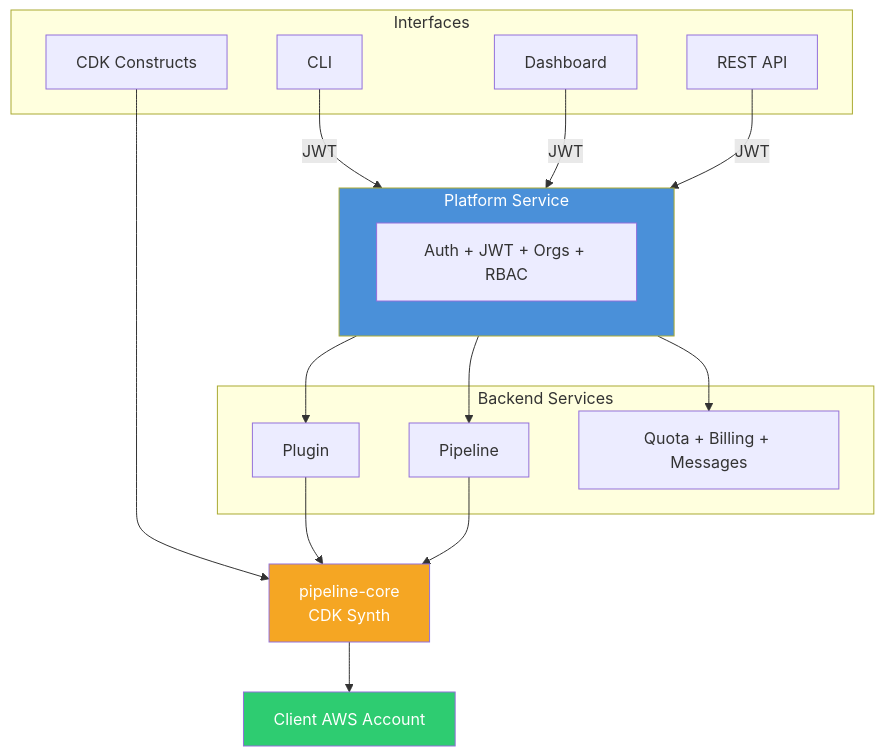
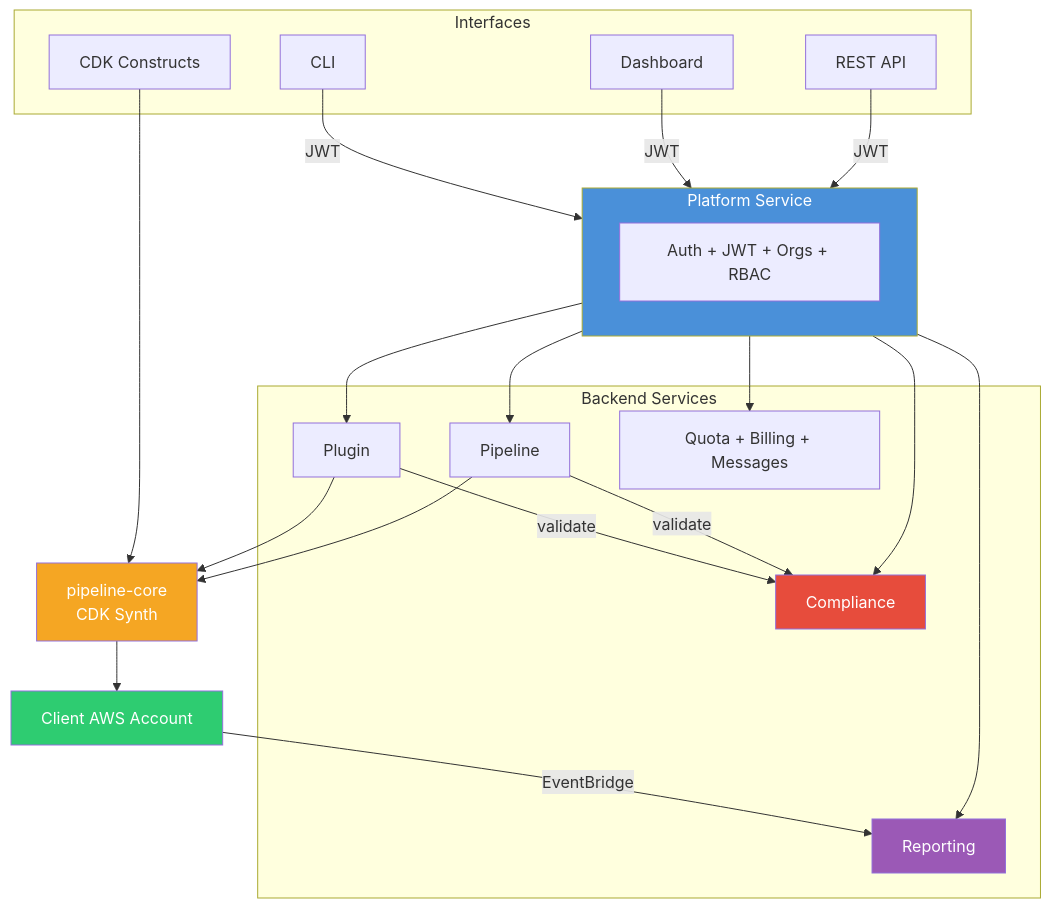
The diagram in README.md (mwashburn160/pipeline-builder), drawn with Mermaid before and after one commit. The commit also changed other lines of this file, not shown here.

First line of the commit message:
docs: add compliance and reporting sections to README

````diff
--- a/README.md
+++ b/README.md
@@ -48,27 +48,34 @@
 ```mermaid
 flowchart TB
     subgraph Interfaces
         CLI["CLI"] & DASH["Dashboard"] & API["REST API"] & CDK["CDK Constructs"]
     end
 
     subgraph Platform["Platform Service"]
         AUTH["Auth + JWT + Orgs + RBAC"]
     end
 
     subgraph Backend["Backend Services"]
-        PLUGIN["Plugin"] & PIPELINE["Pipeline"] & SUPPORT["Quota + Billing + Messages"]
+        PLUGIN["Plugin"] & PIPELINE["Pipeline"]
+        COMPLIANCE["Compliance"]
+        REPORTING["Reporting"]
+        SUPPORT["Quota + Billing + Messages"]
     end
 
     CORE["pipeline-core<br/>CDK Synth"]
     AWS["Client AWS Account"]
 
     CLI & DASH & API -->|JWT| Platform
     CDK --> CORE
-    Platform --> PLUGIN & PIPELINE & SUPPORT
+    Platform --> PLUGIN & PIPELINE & COMPLIANCE & REPORTING & SUPPORT
+    PLUGIN & PIPELINE -->|validate| COMPLIANCE
     PLUGIN & PIPELINE --> CORE
     CORE --> AWS
+    AWS -->|EventBridge| REPORTING
 
     style Platform fill:#4A90D9,color:#fff
     style CORE fill:#F5A623,color:#fff
     style AWS fill:#2ECC71,color:#fff
+    style COMPLIANCE fill:#E74C3C,color:#fff
+    style REPORTING fill:#9B59B6,color:#fff
 ```
````
